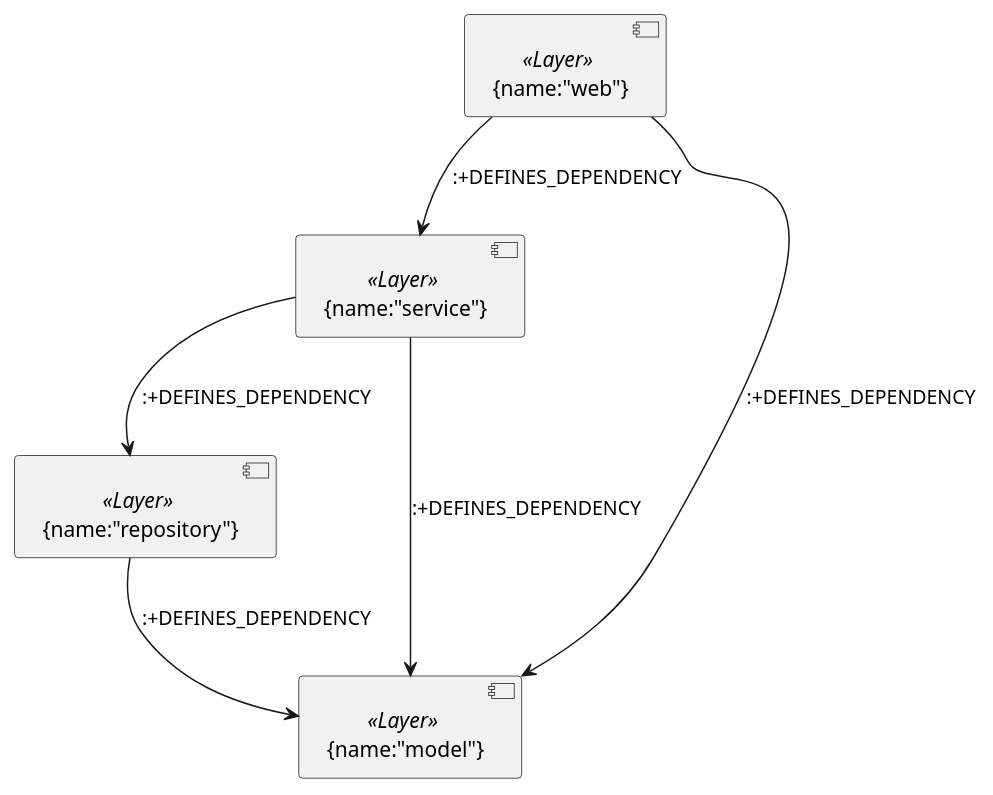
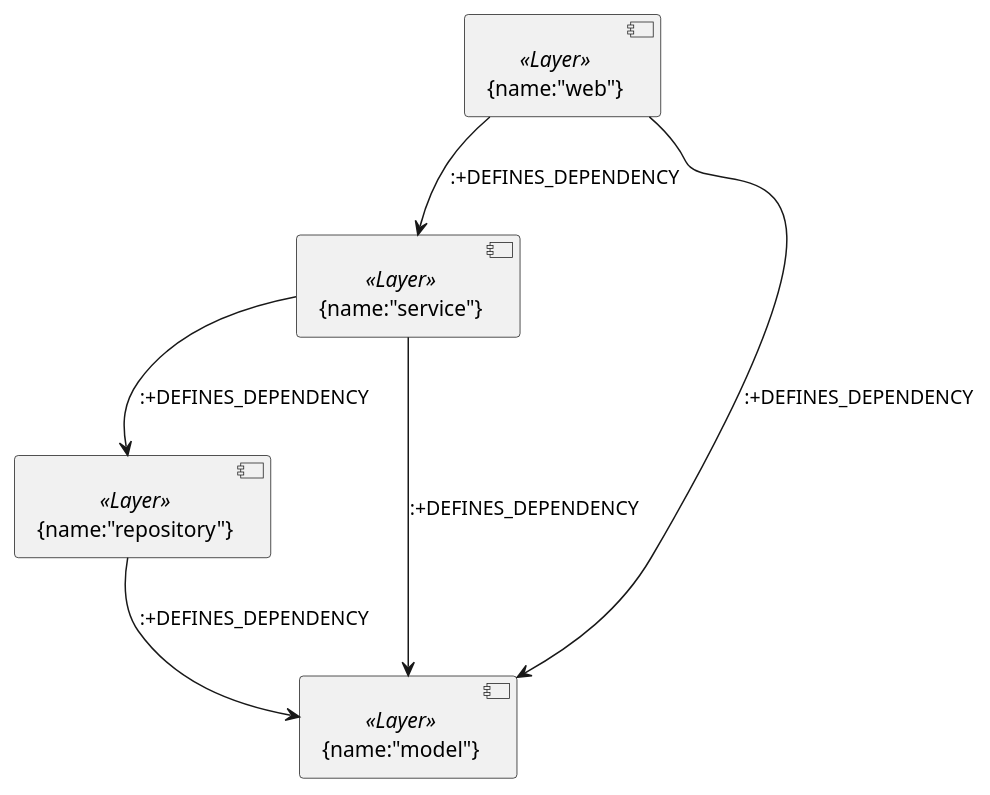
Before and after one commit to murdos/spring-petclinic: the third of 3 diagrams in jqassistant/layer.adoc, drawn with PlantUML. The commit also changed other lines of this file and 1 other file, not shown here.

Commit message:
use PlantUML based rules for layer concepts

```diff
--- a/jqassistant/layer.adoc
+++ b/jqassistant/layer.adoc
@@ -77,19 +71,19 @@
 [plantuml,layerdeps,role=concept,requiresConcepts="layer:Layer"]
 ----
 @startuml
 skinparam componentStyle uml2
 
-[ {name:"web"}]        as web        <<Layer>>
-[ {name:"service"}]    as service    <<Layer>>
-[ {name:"repository"}] as repository <<Layer>>
-[ {name:"model"}]      as model      <<Layer>>
+[{name:"web"}]        as web        <<Layer>>
+[{name:"service"}]    as service    <<Layer>>
+[{name:"repository"}] as repository <<Layer>>
+[{name:"model"}]      as model      <<Layer>>
 
 
 web        -down-> service    : :+DEFINES_DEPENDENCY
 web        -down-> model      : :+DEFINES_DEPENDENCY
 service    -down-> repository : :+DEFINES_DEPENDENCY
 service    -down-> model      : :+DEFINES_DEPENDENCY
 repository -down-> model      : :+DEFINES_DEPENDENCY
 
 @enduml
 ----
```
